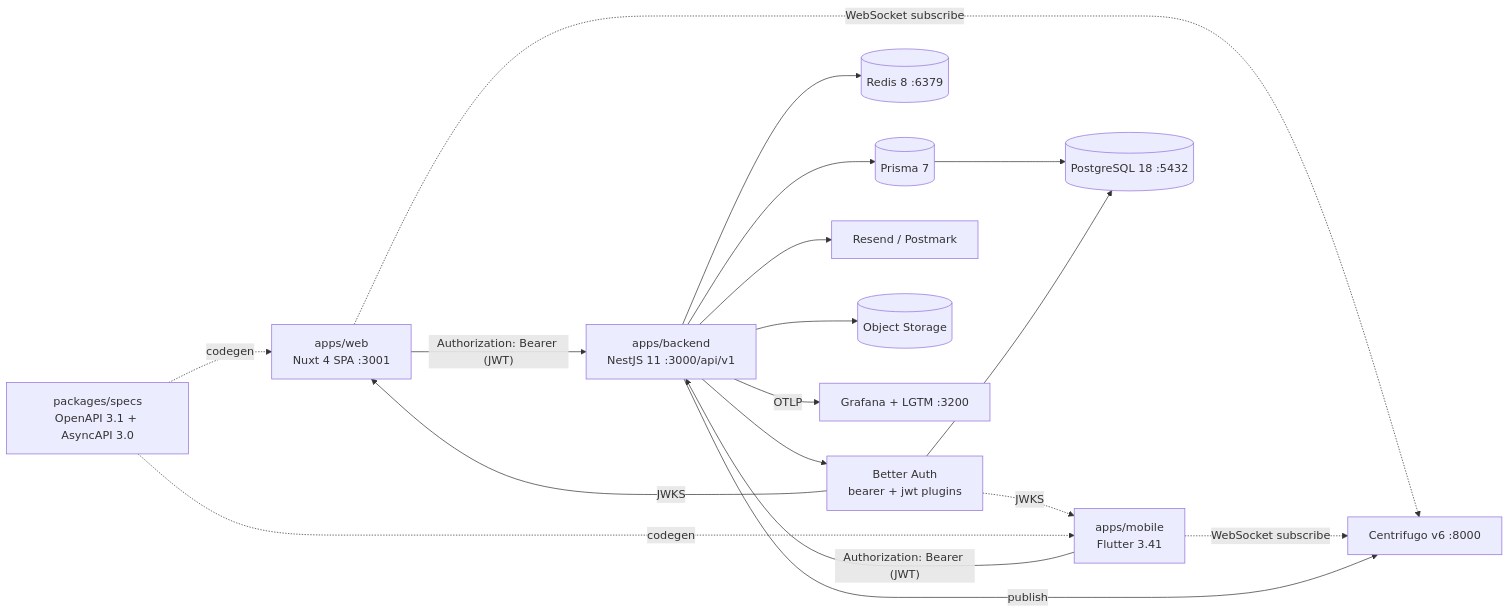
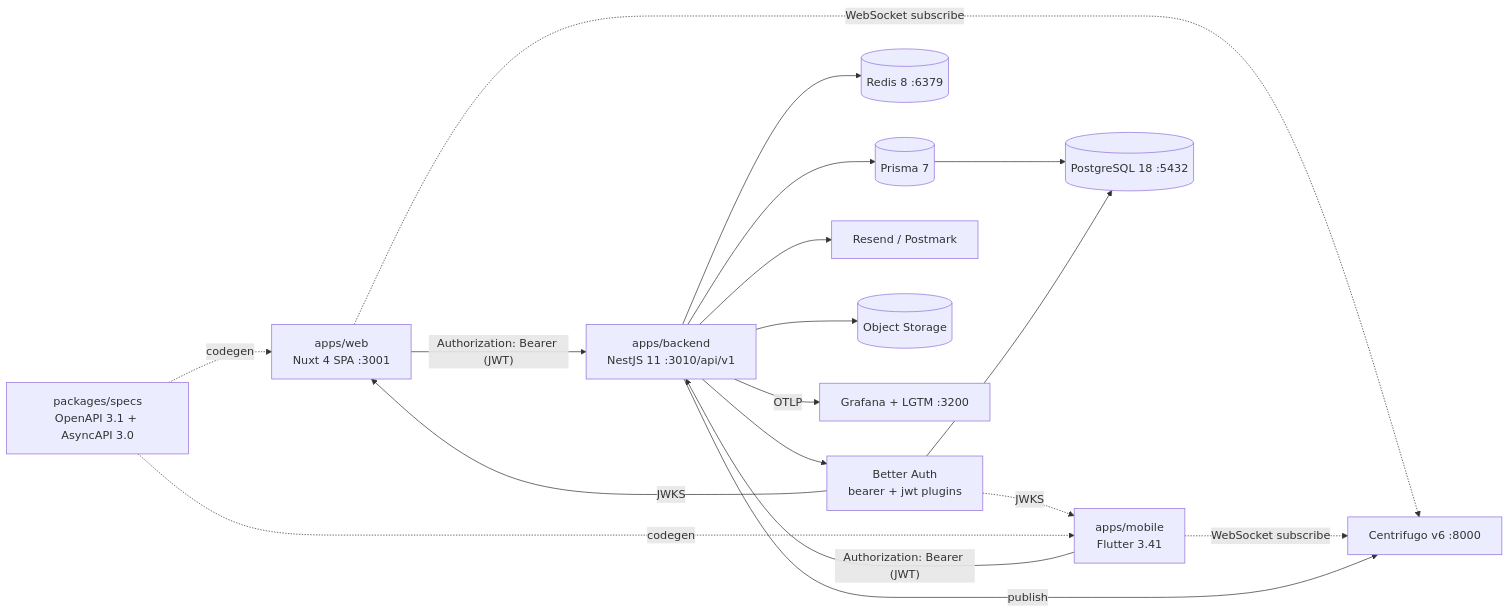
The diagram in docs/PRD.md (kkucherenkov/coriolis_app), drawn with Mermaid before and after one commit. The commit also changed other lines of this file and 20 other files, not shown here.

````diff
--- a/docs/PRD.md
+++ b/docs/PRD.md
@@ -276,22 +286,22 @@
 ```mermaid
 flowchart LR
-    Web[apps/web<br/>Nuxt 4 SPA :3001] -->|"Authorization: Bearer (JWT)"| API[apps/backend<br/>NestJS 11 :3000/api/v1]
+    Web[apps/web<br/>Nuxt 4 SPA :3001] -->|"Authorization: Bearer (JWT)"| API[apps/backend<br/>NestJS 11 :3010/api/v1]
     Mobile[apps/mobile<br/>Flutter 3.41] -->|"Authorization: Bearer (JWT)"| API
     Web -.->|WebSocket subscribe| Centrifugo[Centrifugo v6 :8000]
     Mobile -.->|WebSocket subscribe| Centrifugo
     API --> Prisma[(Prisma 7)]
     Prisma --> Postgres[(PostgreSQL 18 :5432)]
     API --> Redis[(Redis 8 :6379)]
     API --> BetterAuth[Better Auth<br/>bearer + jwt plugins]
     BetterAuth --> Postgres
     BetterAuth -->|JWKS| Web
     BetterAuth -.->|JWKS| Mobile
     API -->|publish| Centrifugo
     API --> Mailer[Resend / Postmark]
     API --> S3[(Object Storage)]
     API -->|OTLP| Grafana[Grafana + LGTM :3200]
 
     Specs[packages/specs<br/>OpenAPI 3.1 + AsyncAPI 3.0]
     Specs -. codegen .-> Web
     Specs -. codegen .-> Mobile
 ```
````
